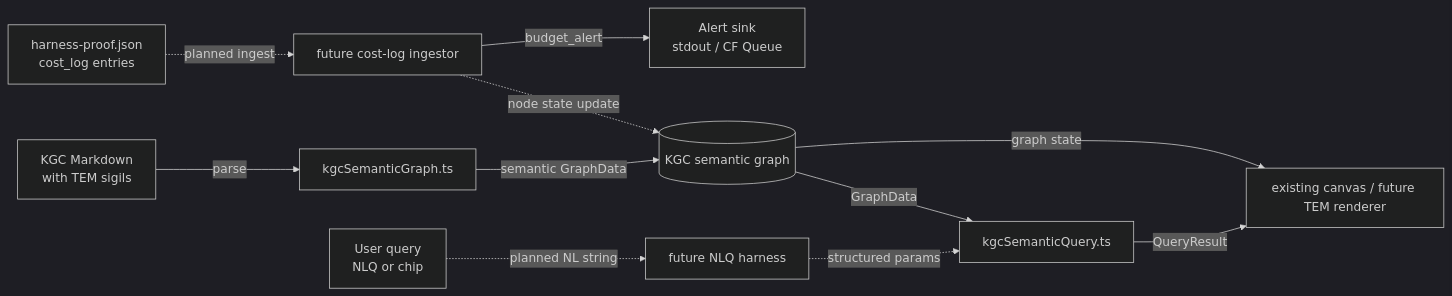
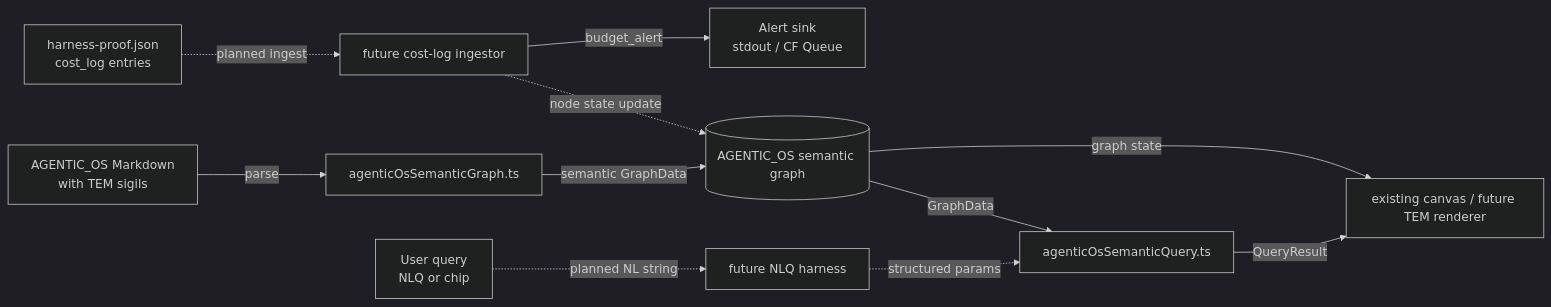
One commit to huijoohwee/agentic-graph changed the first of 4 diagrams in docs/documents/agentic-graph-token-economics-model-prd-tad.companion.md. Above: the diagram before and after it, drawn with Mermaid (dark theme). The commit also changed other lines of this file and 599 other files, not shown here.

````diff
--- a/docs/documents/agentic-graph-token-economics-model-prd-tad.companion.md
+++ b/docs/documents/agentic-graph-token-economics-model-prd-tad.companion.md
@@ -32,13 +32,13 @@
 ```mermaid
 flowchart LR
-    A[KGC Markdown\nwith TEM sigils] -->|parse| B[kgcSemanticGraph.ts]
-    B -->|semantic GraphData| C[(KGC semantic graph)]
+    A[AGENTIC_OS Markdown\nwith TEM sigils] -->|parse| B[agenticOsSemanticGraph.ts]
+    B -->|semantic GraphData| C[(AGENTIC_OS semantic graph)]
     D[harness-proof.json\ncost_log entries] -. planned ingest .-> E[future cost-log ingestor]
     E -. node state update .-> C
     E -->|budget_alert| F[Alert sink\nstdout / CF Queue]
     G[User query\nNLQ or chip] -. planned NL string .-> H[future NLQ harness]
-    H -. structured params .-> I[kgcSemanticQuery.ts]
+    H -. structured params .-> I[agenticOsSemanticQuery.ts]
     C -->|GraphData| I
     I -->|QueryResult| J[existing canvas / future TEM renderer]
     C -->|graph state| J
 ```
````
